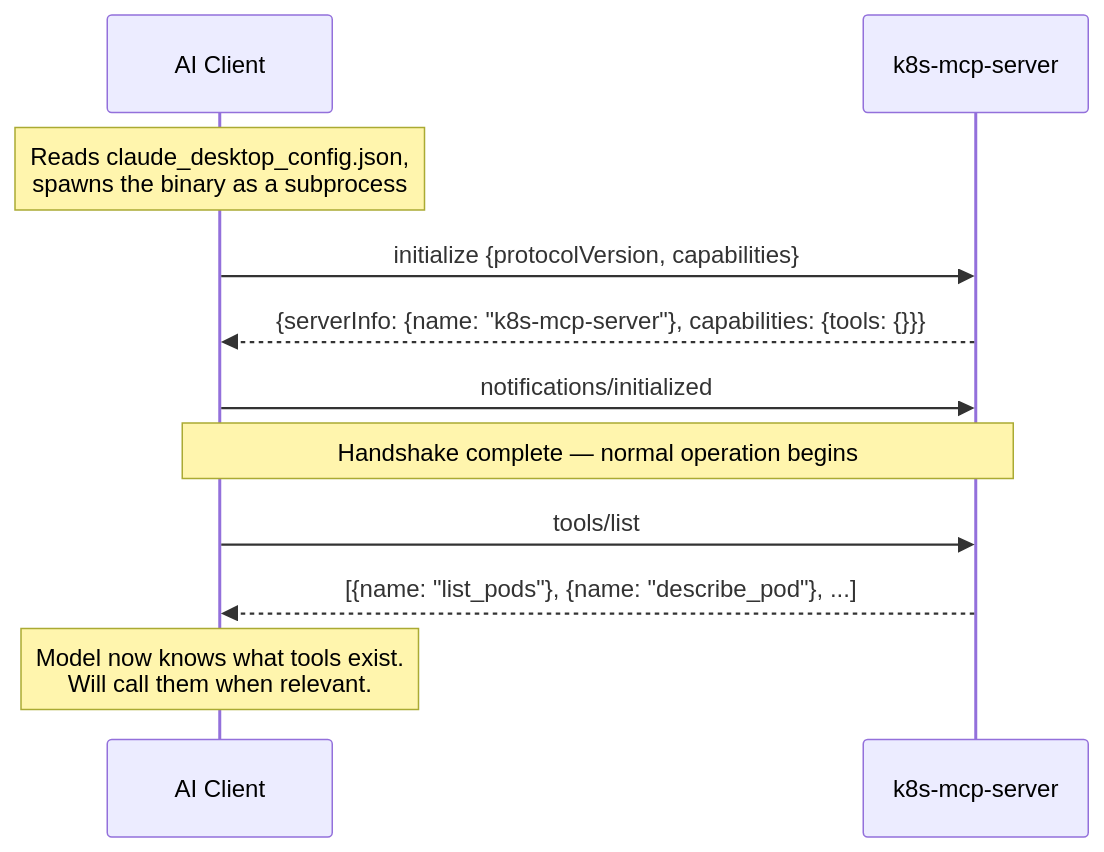
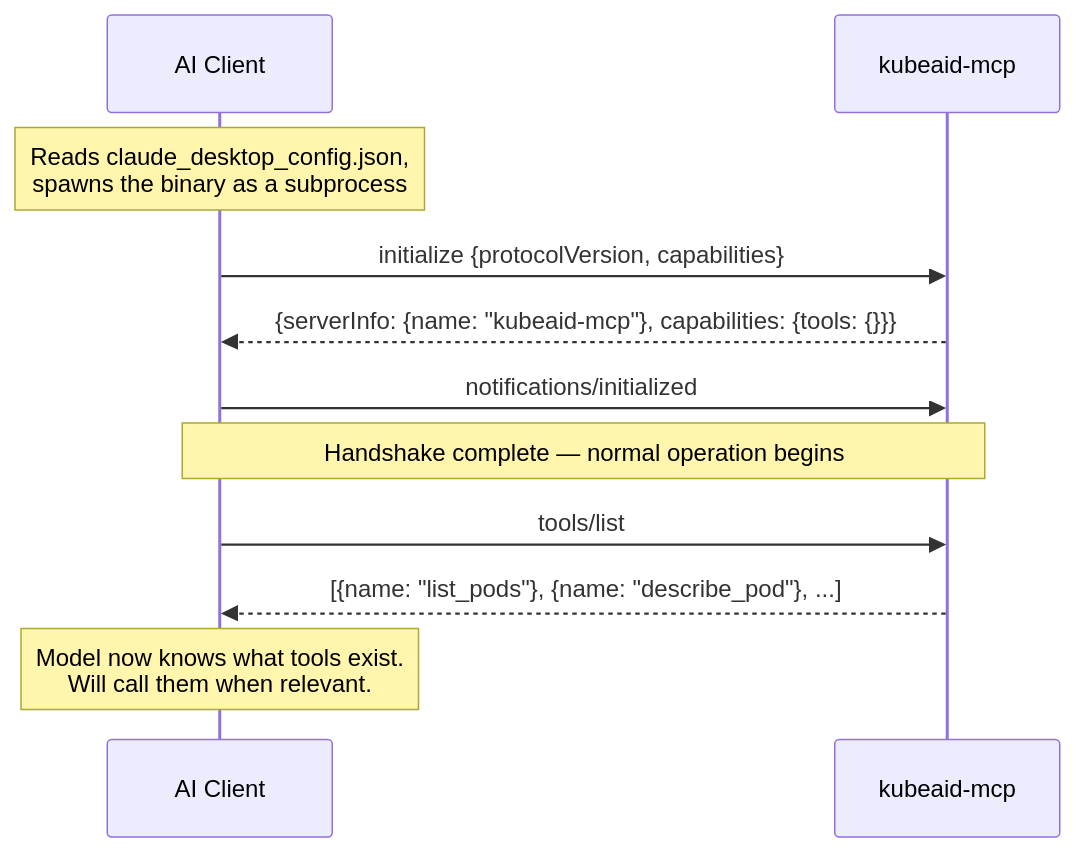
One commit to 1Shubham7/kubeaid-mcp changed the third of 8 diagrams in design.md. Above: the diagram before and after it, drawn with Mermaid. The commit also changed other lines of this file and 5 other files, not shown here.

````diff
--- a/design.md
+++ b/design.md
@@ -72,18 +72,18 @@
 ```mermaid
 sequenceDiagram
     participant Client as AI Client
-    participant Server as k8s-mcp-server
+    participant Server as kubeaid-mcp
 
     Note over Client: Reads claude_desktop_config.json,<br/>spawns the binary as a subprocess
 
     Client->>Server: initialize {protocolVersion, capabilities}
-    Server-->>Client: {serverInfo: {name: "k8s-mcp-server"}, capabilities: {tools: {}}}
+    Server-->>Client: {serverInfo: {name: "kubeaid-mcp"}, capabilities: {tools: {}}}
 
     Client->>Server: notifications/initialized
     Note over Client,Server: Handshake complete — normal operation begins
 
     Client->>Server: tools/list
     Server-->>Client: [{name: "list_pods"}, {name: "describe_pod"}, ...]
 
     Note over Client: Model now knows what tools exist.<br/>Will call them when relevant.
 ```
````
